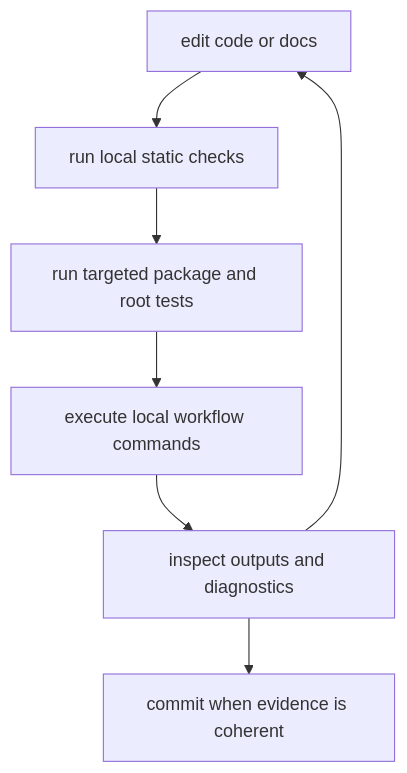
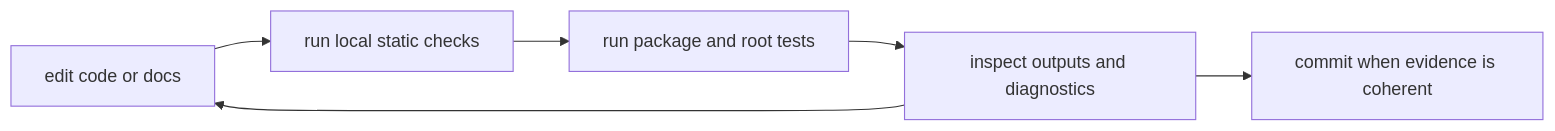
Before and after one commit to bijux/bijux-cli: the diagram in docs/bijux-core/operations/local-development.md, drawn with Mermaid. The commit also changed other lines of this file, not shown here.

Commit message:
docs(core-operations): clarify local development

````diff
--- a/docs/bijux-core/operations/local-development.md
+++ b/docs/bijux-core/operations/local-development.md
@@ -15,9 +19,8 @@
 ```mermaid
-flowchart TD
-    edit[edit code or docs] --> lint[run local static checks]
-    lint --> test[run targeted package and root tests]
-    test --> run[execute local workflow commands]
-    run --> inspect[inspect outputs and diagnostics]
-    inspect --> commit[commit when evidence is coherent]
+flowchart LR
+    edit["edit code or docs"] --> lint["run local static checks"]
+    lint --> test["run package and root tests"]
+    test --> inspect["inspect outputs and diagnostics"]
+    inspect --> commit["commit when evidence is coherent"]
     inspect --> edit
 ```
````
